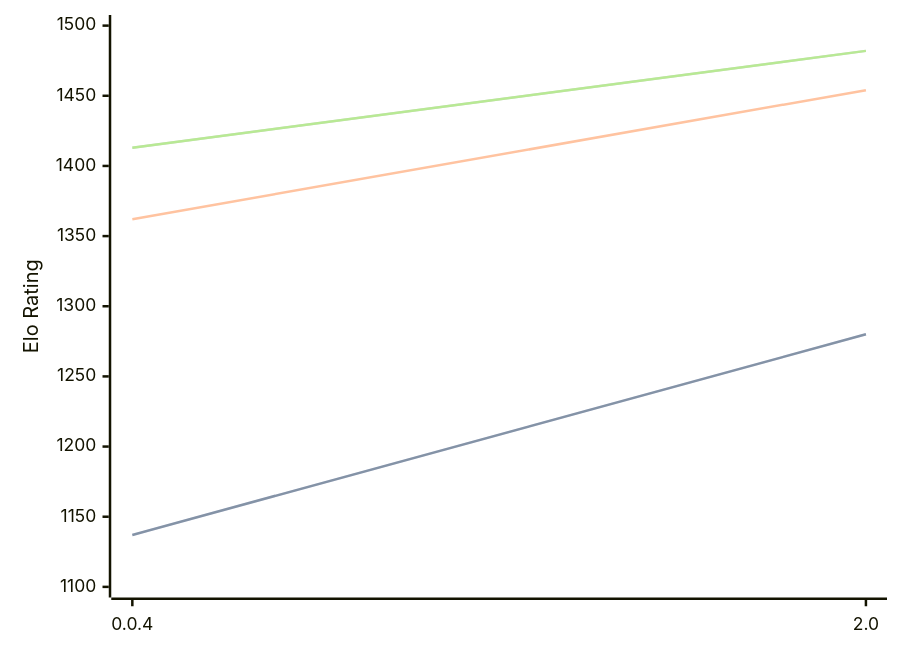
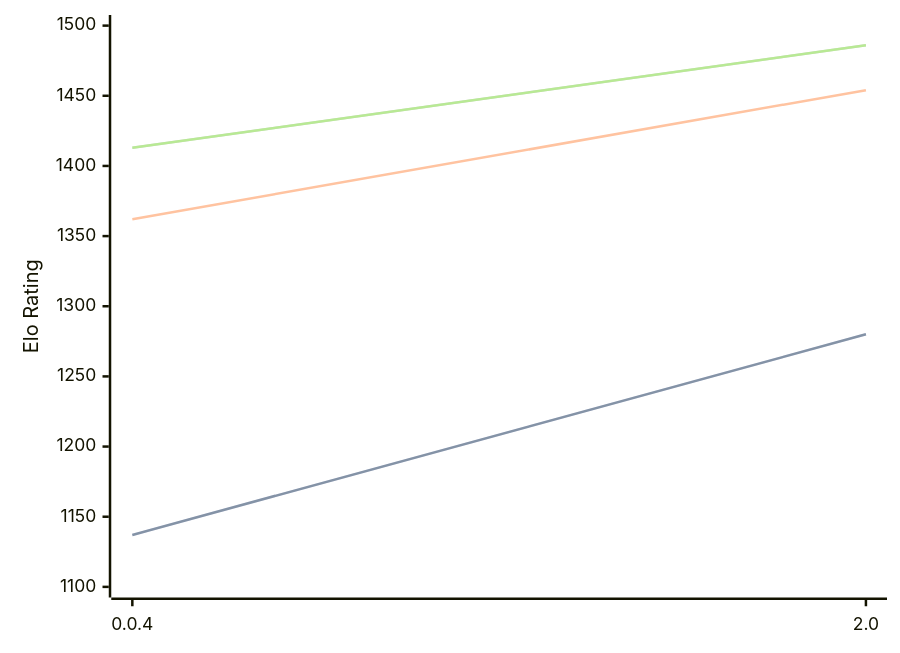
The diagram in engines/Oops!Mate.md (computer-chess-index/cci), drawn with Mermaid before and after one commit. The commit also changed other lines of this file, not shown here.

Commit message:
Update CCI Ratings (ELO VLTC) - 2026-09-06

````diff
--- a/engines/Oops!Mate.md
+++ b/engines/Oops!Mate.md
@@ -33,11 +33,11 @@
 ```mermaid
 %%{init: {"theme":"base","themeVariables":{"seriesColors:['#a3a3a3','#222221','#faa371']}}}%%
 xychart-beta
   x-axis ["0.0.4", "2.0"]
   y-axis "Elo Rating" 1100 --> 1500
   line "" [1137, 1280]
   line "STC (8.0+0.08s)" [1137, 1280]
   line "LTC (60.0+0.60s)" [1362, 1454]
-  line "" [1413, 1482]
-  line "VLTC (2m24s+1.12s)" [1413, 1482]
+  line "" [1413, 1486]
+  line "VLTC (2m24s+1.12s)" [1413, 1486]
 ```
````
